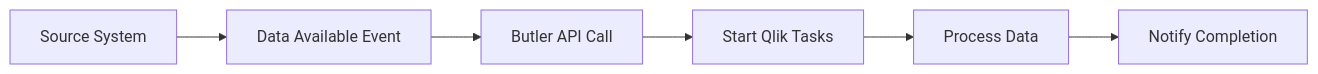
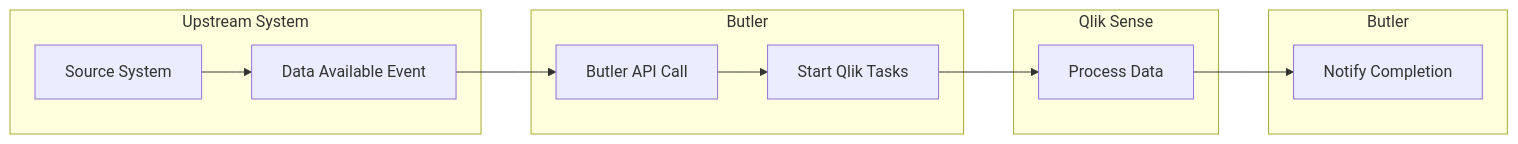
The diagram in vitepress-site/docs/docs/concepts/start-sense-tasks.md (ptarmiganlabs/butler-docs), drawn with Mermaid before and after one commit. The commit also changed other lines of this file and 17 other files, not shown here.

````diff
--- a/vitepress-site/docs/docs/concepts/start-sense-tasks.md
+++ b/vitepress-site/docs/docs/concepts/start-sense-tasks.md
@@ -277,8 +285,26 @@
 ```mermaid
 graph LR
-    A[Source System] --> B[Data Available Event]
-    B --> C[Butler API Call]
-    C --> D[Start Qlik Tasks]
-    D --> E[Process Data]
-    E --> F[Notify Completion]
+    subgraph upstream["Upstream System"]
+        A[Source System]
+        B[Data Available Event]
+    end
+
+    subgraph butler["Butler"]
+        C[Butler API Call]
+        D[Start Qlik Tasks]
+    end
+
+    subgraph sense["Qlik Sense"]
+        E[Process Data]
+    end
+
+    subgraph notify["Butler"]
+        F[Notify Completion]
+    end
+
+    A --> B
+    B --> C
+    C --> D
+    D --> E
+    E --> F
 ```
````
